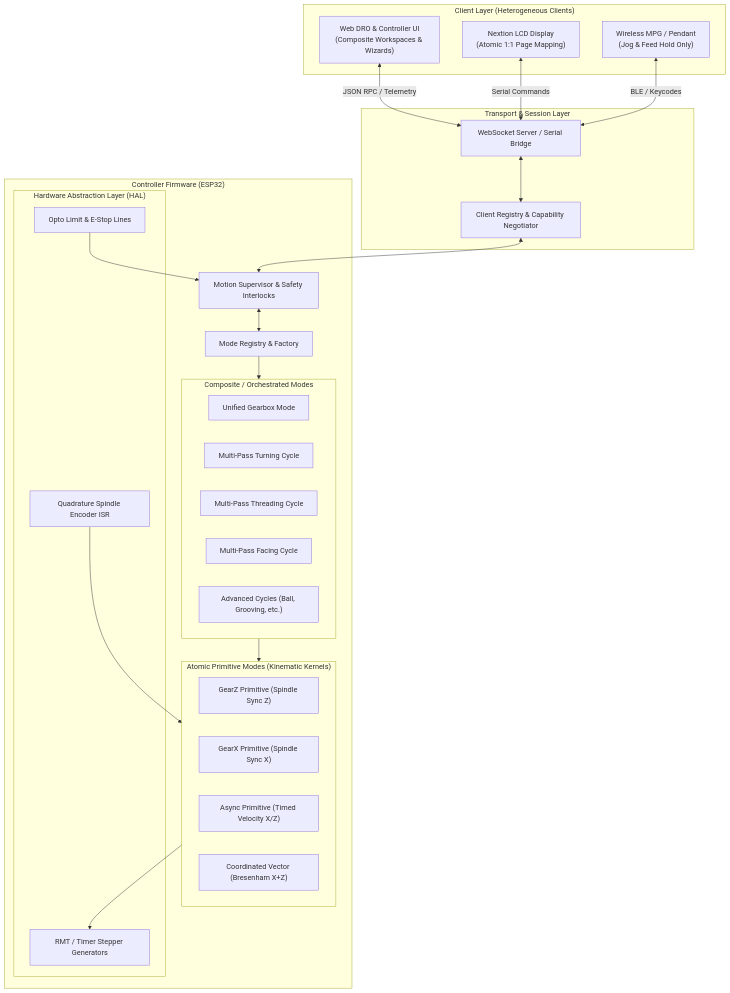
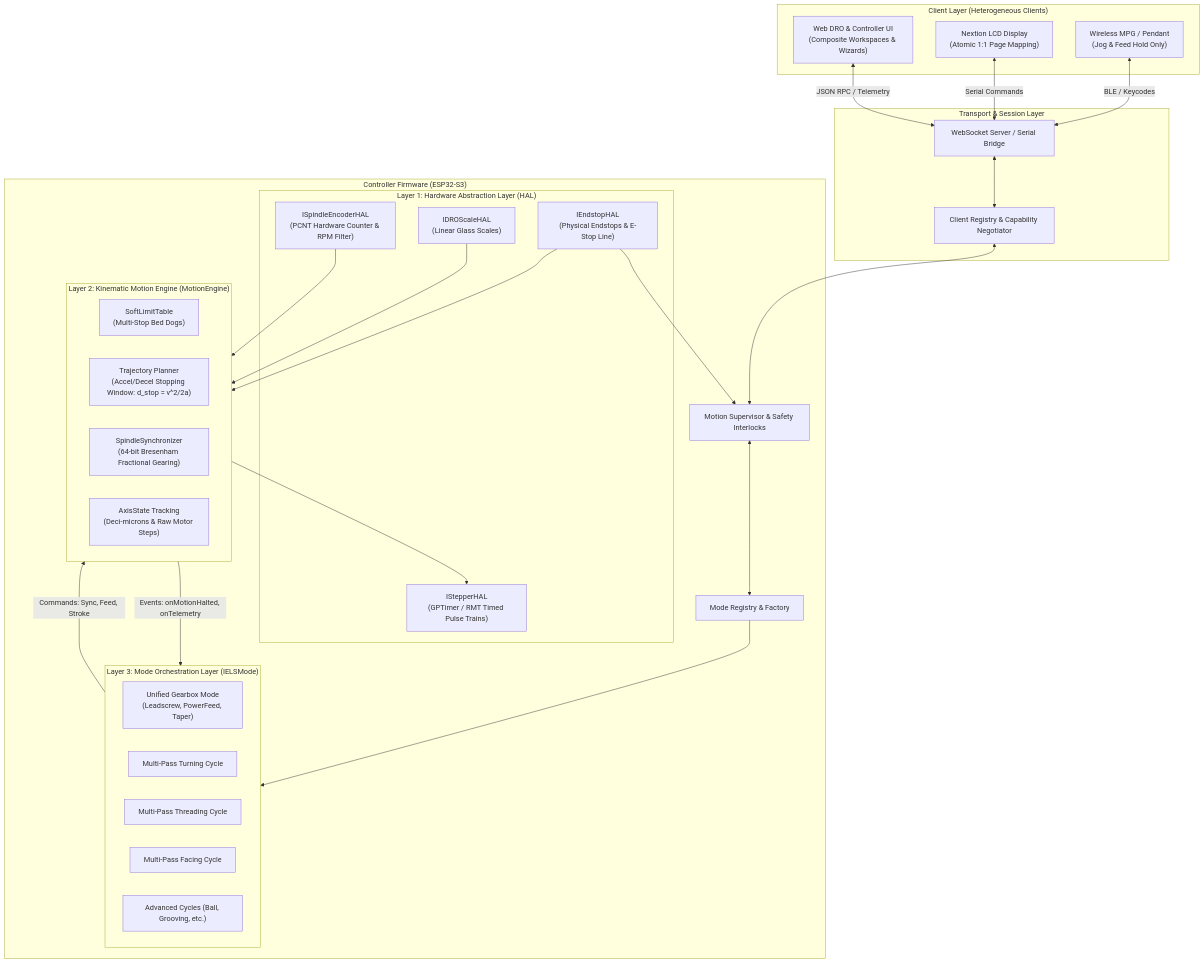
The first of 5 diagrams in docs/ELS_MODE_ARCHITECTURE.md (emmelcf/whatELS), drawn with Mermaid before and after one commit. The commit also changed other lines of this file and 12 other files, not shown here.

Commit message:
docs(motion): baseline motion architecture specifications and Argon peer review

````diff
--- a/docs/ELS_MODE_ARCHITECTURE.md
+++ b/docs/ELS_MODE_ARCHITECTURE.md
@@ -47,52 +47,56 @@
 ```mermaid
 graph TD
     subgraph UI_Clients ["Client Layer (Heterogeneous Clients)"]
         WebUI["Web DRO & Controller UI\n(Composite Workspaces & Wizards)"]
         Nextion["Nextion LCD Display\n(Atomic 1:1 Page Mapping)"]
         Pendant["Wireless MPG / Pendant\n(Jog & Feed Hold Only)"]
     end
 
     subgraph Transport_Layer ["Transport & Session Layer"]
         WS["WebSocket Server / Serial Bridge"]
         SessionMgr["Client Registry & Capability Negotiator"]
     end
 
-    subgraph Controller_Core ["Controller Firmware (ESP32)"]
+    subgraph Controller_Core ["Controller Firmware (ESP32-S3)"]
         ModeRegistry["Mode Registry & Factory"]
         Supervisor["Motion Supervisor & Safety Interlocks"]
         
-        subgraph Composite_Modes ["Composite / Orchestrated Modes"]
-            UnifiedGearbox["Unified Gearbox Mode"]
+        subgraph Mode_Layer ["Layer 3: Mode Orchestration Layer (IELSMode)"]
+            UnifiedGearbox["Unified Gearbox Mode\n(Leadscrew, PowerFeed, Taper)"]
             TurnCycle["Multi-Pass Turning Cycle"]
             ThreadCycle["Multi-Pass Threading Cycle"]
             FaceCycle["Multi-Pass Facing Cycle"]
             CustomCycle["Advanced Cycles (Ball, Grooving, etc.)"]
         end
 
-        subgraph Primitive_Modes ["Atomic Primitive Modes (Kinematic Kernels)"]
-            GearZ["GearZ Primitive (Spindle Sync Z)"]
-            GearX["GearX Primitive (Spindle Sync X)"]
-            AsyncFeed["Async Primitive (Timed Velocity X/Z)"]
-            CoordVector["Coordinated Vector (Bresenham X+Z)"]
+        subgraph Motion_Core ["Layer 2: Kinematic Motion Engine (MotionEngine)"]
+            SoftLimits["SoftLimitTable\n(Multi-Stop Bed Dogs)"]
+            Trajectory["Trajectory Planner\n(Accel/Decel Stopping Window: d_stop = v^2/2a)"]
+            Bresenham["SpindleSynchronizer\n(64-bit Bresenham Fractional Gearing)"]
+            AxisState["AxisState Tracking\n(Deci-microns & Raw Motor Steps)"]
         end
 
-        subgraph Hardware_HAL ["Hardware Abstraction Layer (HAL)"]
-            StepperTimers["RMT / Timer Stepper Generators"]
-            EncoderISR["Quadrature Spindle Encoder ISR"]
-            LimitSwitches["Opto Limit & E-Stop Lines"]
+        subgraph Hardware_HAL ["Layer 1: Hardware Abstraction Layer (HAL)"]
+            IStepper["IStepperHAL\n(GPTimer / RMT Timed Pulse Trains)"]
+            ISpindle["ISpindleEncoderHAL\n(PCNT Hardware Counter & RPM Filter)"]
+            IDRO["IDROScaleHAL\n(Linear Glass Scales)"]
+            IEndstop["IEndstopHAL\n(Physical Endstops & E-Stop Line)"]
         end
     end
 
     WebUI <-->|JSON RPC / Telemetry| WS
     Nextion <-->|Serial Commands| WS
     Pendant <-->|BLE / Keycodes| WS
     WS <--> SessionMgr
     SessionMgr <--> Supervisor
 
     Supervisor <--> ModeRegistry
-    ModeRegistry --> Composite_Modes
-    Composite_Modes --> Primitive_Modes
-    Primitive_Modes --> StepperTimers
-    EncoderISR --> Primitive_Modes
-    LimitSwitches --> Supervisor
+    ModeRegistry --> Mode_Layer
+    Mode_Layer -->|Commands: Sync, Feed, Stroke| Motion_Core
+    Motion_Core -->|Events: onMotionHalted, onTelemetry| Mode_Layer
+    Motion_Core --> IStepper
+    ISpindle --> Motion_Core
+    IDRO --> Motion_Core
+    IEndstop --> Supervisor
+    IEndstop --> Motion_Core
 ```
````
